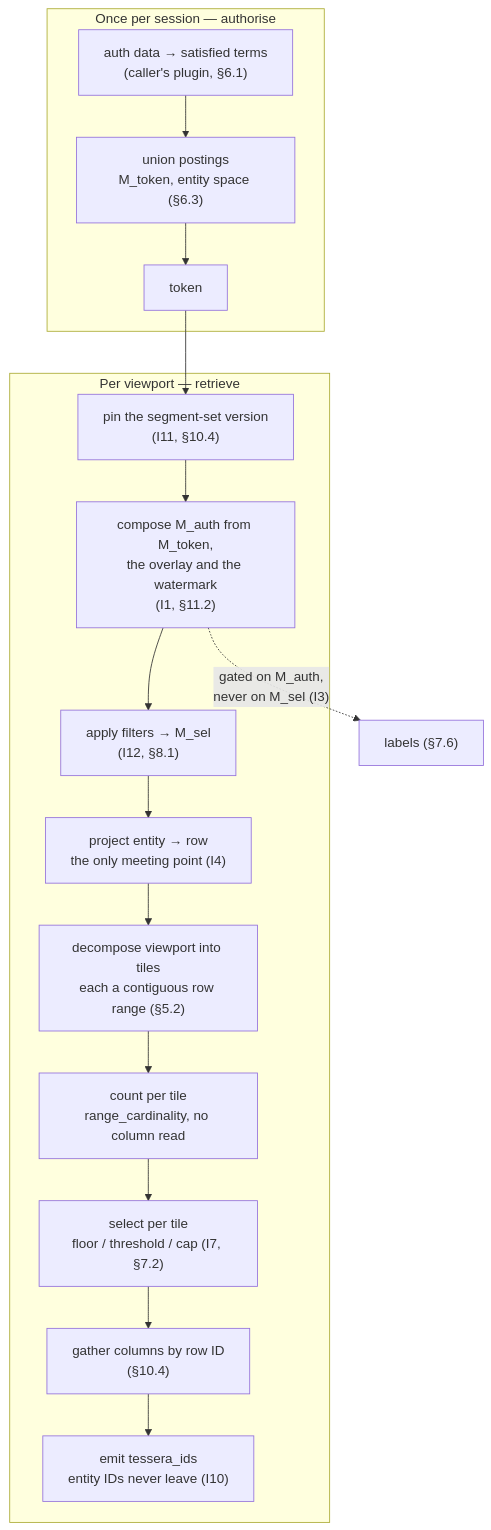
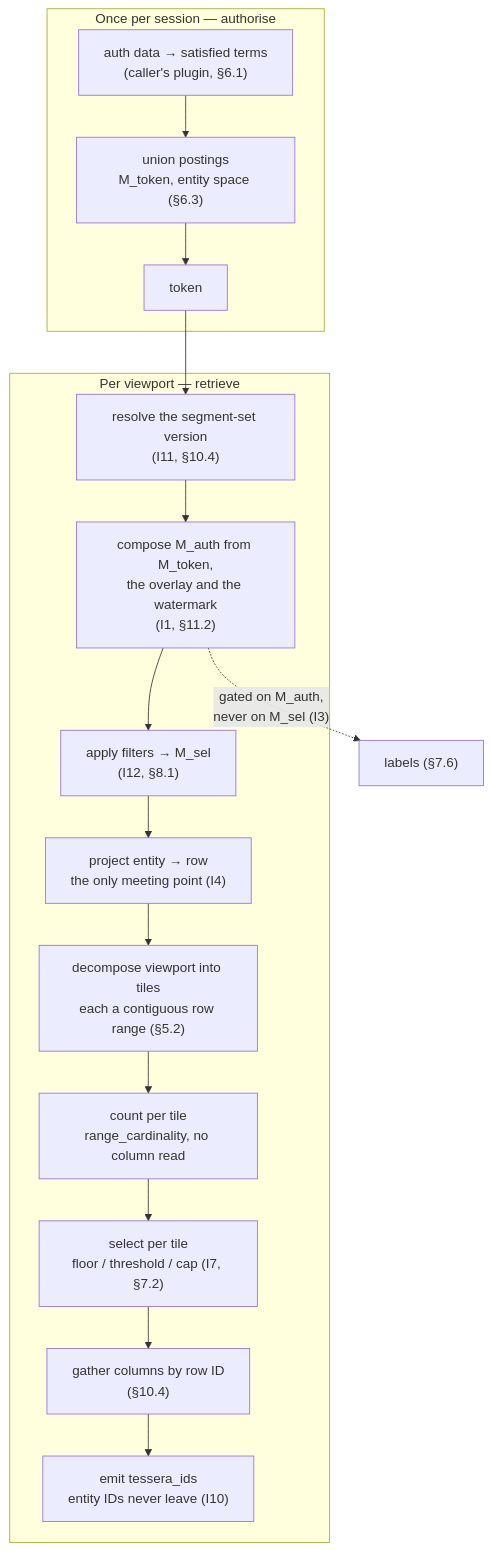
The diagram in docs/design/architecture.md (jennis0/tesseradb), drawn with Mermaid before and after one commit. The commit also changed other lines of this file and 67 other files, not shown here.

````diff
--- a/docs/design/architecture.md
+++ b/docs/design/architecture.md
@@ -111,19 +111,19 @@
 ```mermaid
 flowchart TD
     subgraph S["Once per session — authorise"]
         A1["auth data → satisfied terms<br/>(caller's plugin, §6.1)"] --> A2["union postings<br/>M_token, entity space (§6.3)"]
         A2 --> A3["token"]
     end
     subgraph V["Per viewport — retrieve"]
-        B1["pin the segment-set version<br/>(I11, §10.4)"] --> B2["compose M_auth from M_token,<br/>the overlay and the watermark<br/>(I1, §11.2)"]
+        B1["resolve the segment-set version<br/>(I11, §10.4)"] --> B2["compose M_auth from M_token,<br/>the overlay and the watermark<br/>(I1, §11.2)"]
         B2 --> B3["apply filters → M_sel<br/>(I12, §8.1)"]
         B3 --> B4["project entity → row<br/>the only meeting point (I4)"]
         B4 --> B5["decompose viewport into tiles<br/>each a contiguous row range (§5.2)"]
         B5 --> B6["count per tile<br/>range_cardinality, no column read"]
         B6 --> B7["select per tile<br/>floor / threshold / cap (I7, §7.2)"]
         B7 --> B8["gather columns by row ID<br/>(§10.4)"]
         B8 --> B9["emit tessera_ids<br/>entity IDs never leave (I10)"]
     end
     A3 --> B1
     B2 -.->|"gated on M_auth,<br/>never on M_sel (I3)"| L["labels (§7.6)"]
 ```
````
